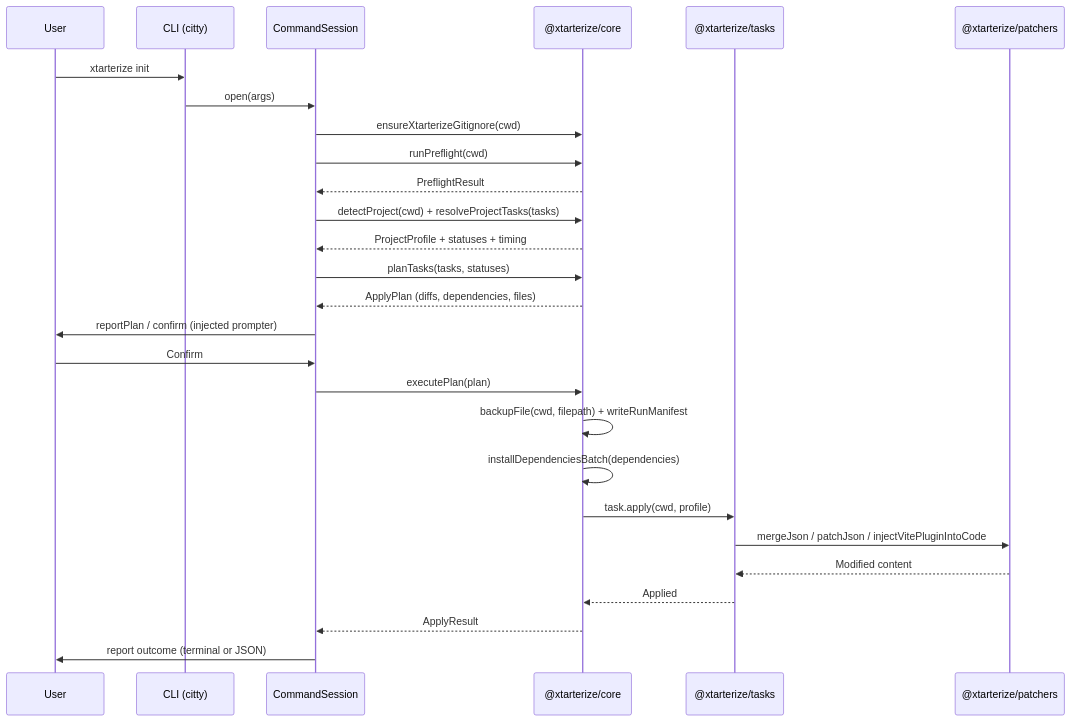
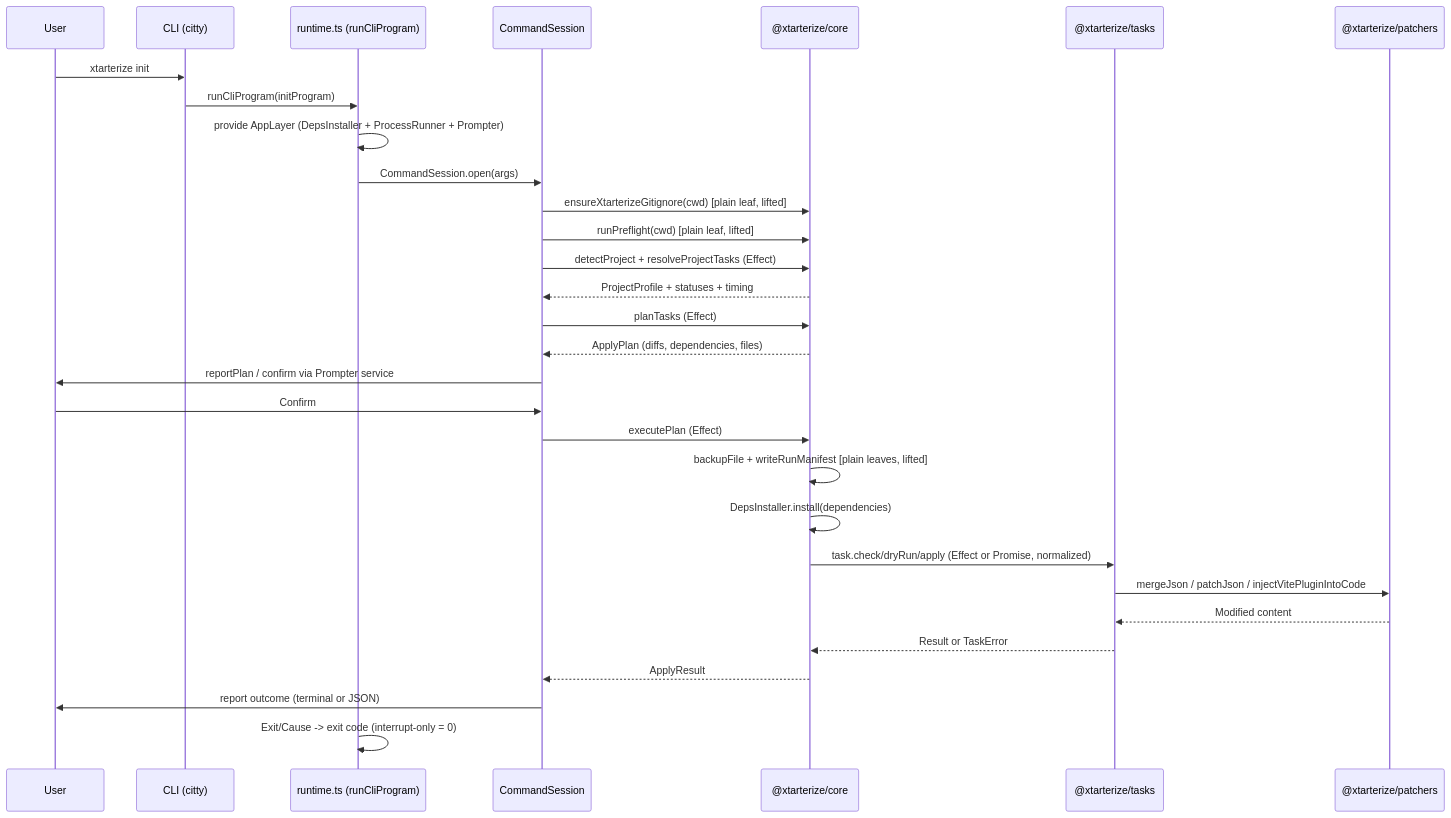
One commit to agustinusnathaniel/xtarter changed the second of 2 diagrams in apps/docs/src/content/docs/xtarterize/contributing/architecture/overview.mdx. Above: the diagram before and after it, drawn with Mermaid. The commit also changed other lines of this file and 9 other files, not shown here.

First line of the commit message:
docs: align guides with the Effect orchestration layer

````diff
--- a/apps/docs/src/content/docs/xtarterize/contributing/architecture/overview.mdx
+++ b/apps/docs/src/content/docs/xtarterize/contributing/architecture/overview.mdx
@@ -54,30 +54,33 @@
 ```mermaid
 sequenceDiagram
     participant User
     participant CLI as CLI (citty)
+    participant Runtime as runtime.ts (runCliProgram)
     participant Session as CommandSession
     participant Core as @xtarterize/core
     participant Tasks as @xtarterize/tasks
     participant Patchers as @xtarterize/patchers
 
     User->>CLI: xtarterize init
-    CLI->>Session: open(args)
-    Session->>Core: ensureXtarterizeGitignore(cwd)
-    Session->>Core: runPreflight(cwd)
-    Core-->>Session: PreflightResult
-    Session->>Core: detectProject(cwd) + resolveProjectTasks(tasks)
+    CLI->>Runtime: runCliProgram(initProgram)
+    Runtime->>Runtime: provide AppLayer (DepsInstaller + ProcessRunner + Prompter)
+    Runtime->>Session: CommandSession.open(args)
+    Session->>Core: ensureXtarterizeGitignore(cwd) [plain leaf, lifted]
+    Session->>Core: runPreflight(cwd) [plain leaf, lifted]
+    Session->>Core: detectProject + resolveProjectTasks (Effect)
     Core-->>Session: ProjectProfile + statuses + timing
-    Session->>Core: planTasks(tasks, statuses)
+    Session->>Core: planTasks (Effect)
     Core-->>Session: ApplyPlan (diffs, dependencies, files)
-    Session->>User: reportPlan / confirm (injected prompter)
+    Session->>User: reportPlan / confirm via Prompter service
     User->>Session: Confirm
-    Session->>Core: executePlan(plan)
-    Core->>Core: backupFile(cwd, filepath) + writeRunManifest
-    Core->>Core: installDependenciesBatch(dependencies)
-    Core->>Tasks: task.apply(cwd, profile)
+    Session->>Core: executePlan (Effect)
+    Core->>Core: backupFile + writeRunManifest [plain leaves, lifted]
+    Core->>Core: DepsInstaller.install(dependencies)
+    Core->>Tasks: task.check/dryRun/apply (Effect or Promise, normalized)
     Tasks->>Patchers: mergeJson / patchJson / injectVitePluginIntoCode
     Patchers-->>Tasks: Modified content
-    Tasks-->>Core: Applied
+    Tasks-->>Core: Result or TaskError
     Core-->>Session: ApplyResult
     Session->>User: report outcome (terminal or JSON)
+    Runtime->>Runtime: Exit/Cause -> exit code (interrupt-only = 0)
 ```
````
